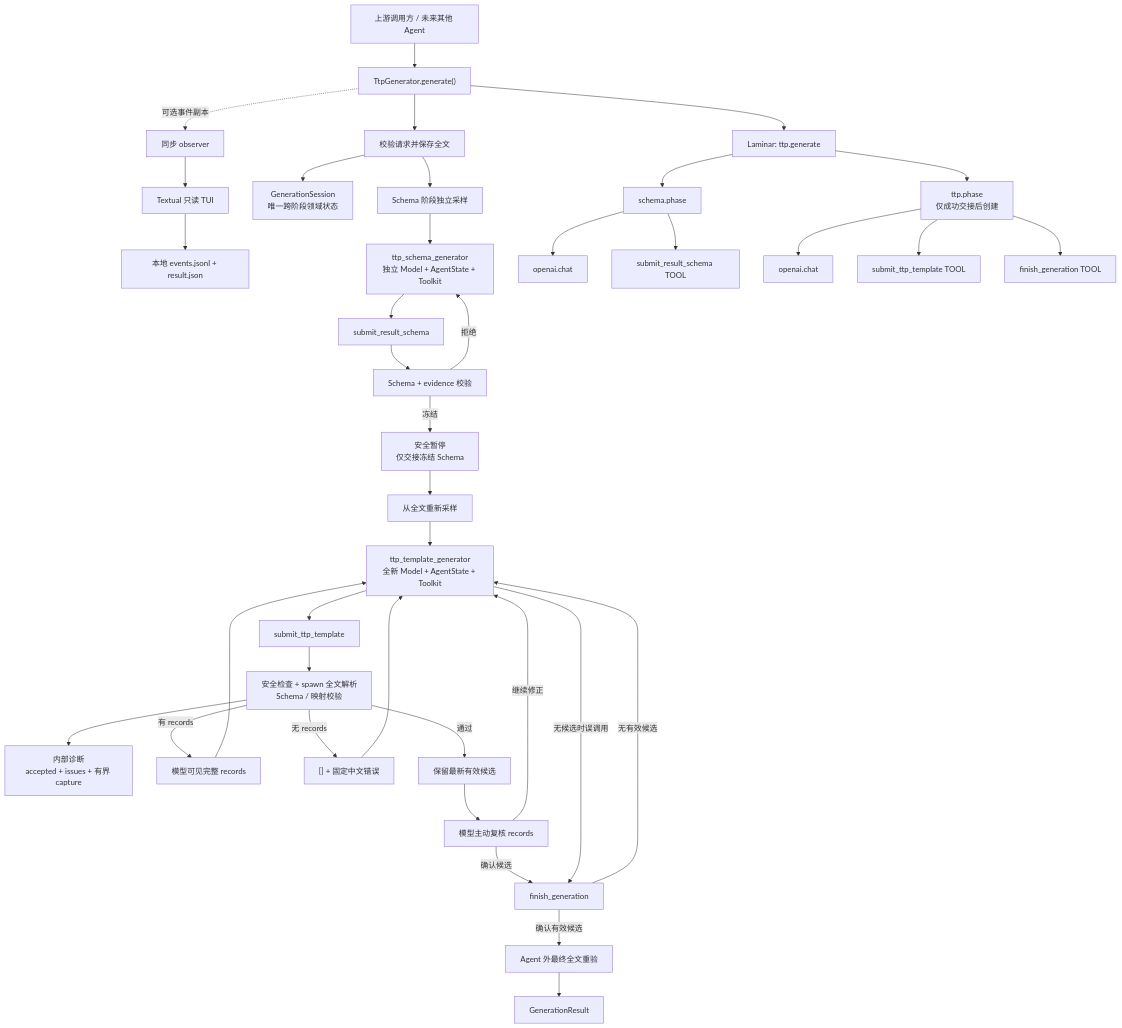
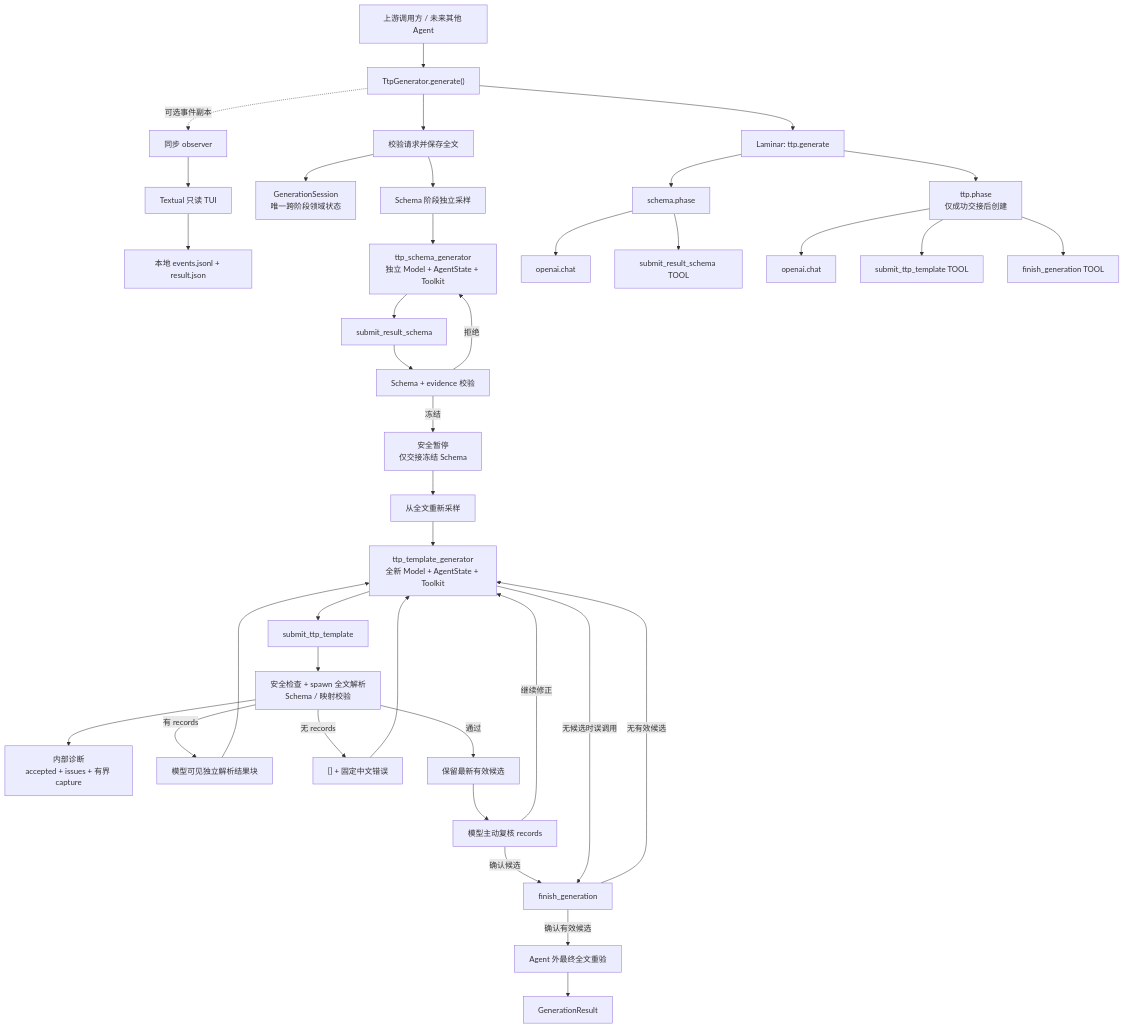
Before and after one commit to Madolkke/cli-parser: the diagram in docs/agent-architecture-and-runtime.md, drawn with Mermaid. The commit also changed other lines of this file and 32 other files, not shown here.

Commit message:
feat: add schema review WebUI and separated TTP results

````diff
--- a/docs/agent-architecture-and-runtime.md
+++ b/docs/agent-architecture-and-runtime.md
@@ -11,43 +11,43 @@
 ```mermaid
 flowchart TD
     U["上游调用方 / 未来其他 Agent"] --> API["TtpGenerator.generate()"]
     API --> REQ["校验请求并保存全文"]
     API --> ROOT["Laminar: ttp.generate"]
     API -. "可选事件副本" .-> OBS["同步 observer"]
     OBS --> TUI["Textual 只读 TUI"]
     TUI --> LOCAL["本地 events.jsonl + result.json"]
 
     REQ --> SESSION["GenerationSession<br/>唯一跨阶段领域状态"]
     REQ --> SSAMPLE["Schema 阶段独立采样"]
     SSAMPLE --> SAGENT["ttp_schema_generator<br/>独立 Model + AgentState + Toolkit"]
     SAGENT --> STOOL["submit_result_schema"]
     STOOL --> SVALIDATE["Schema + evidence 校验"]
     SVALIDATE -->|拒绝| SAGENT
     SVALIDATE -->|冻结| HANDOFF["安全暂停<br/>仅交接冻结 Schema"]
 
     HANDOFF --> TSAMPLE["从全文重新采样"]
     TSAMPLE --> TAGENT["ttp_template_generator<br/>全新 Model + AgentState + Toolkit"]
     TAGENT --> TTOOL["submit_ttp_template"]
     TTOOL --> TVALIDATE["安全检查 + spawn 全文解析<br/>Schema / 映射校验"]
     TVALIDATE --> DIAGNOSTIC["内部诊断<br/>accepted + issues + 有界 capture"]
-    TVALIDATE -->|有 records| MATCH["模型可见完整 records"]
+    TVALIDATE -->|有 records| MATCH["模型可见独立解析结果块"]
     TVALIDATE -->|无 records| EMPTY["[] + 固定中文错误"]
     MATCH --> TAGENT
     EMPTY --> TAGENT
     TVALIDATE -->|通过| CANDIDATE["保留最新有效候选"]
     CANDIDATE --> REVIEW["模型主动复核 records"]
     REVIEW -->|继续修正| TAGENT
     REVIEW -->|确认候选| FTOOL["finish_generation"]
     TAGENT -->|无候选时误调用| FTOOL
     FTOOL -->|无有效候选| TAGENT
     FTOOL -->|确认有效候选| FINAL["Agent 外最终全文重验"]
     FINAL --> RESULT["GenerationResult"]
 
     ROOT --> SPHASE["schema.phase"]
     SPHASE --> SLLM["openai.chat"]
     SPHASE --> STOOLSPAN["submit_result_schema TOOL"]
     ROOT --> TPHASE["ttp.phase<br/>仅成功交接后创建"]
     TPHASE --> TLLM["openai.chat"]
     TPHASE --> TTOOLSPAN["submit_ttp_template TOOL"]
     TPHASE --> FTOOLSPAN["finish_generation TOOL"]
 ```
````
